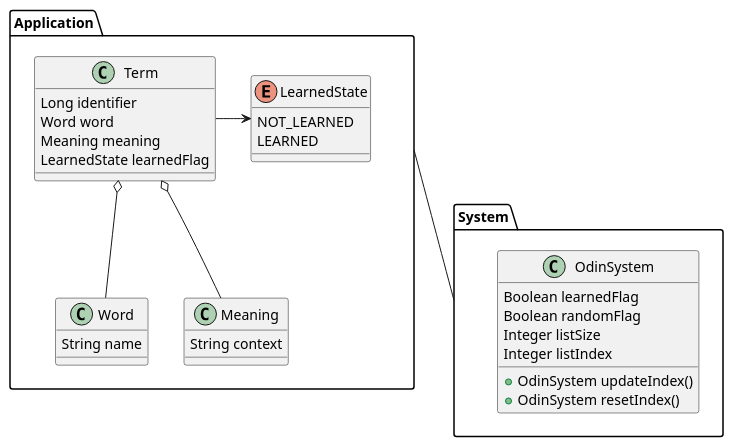
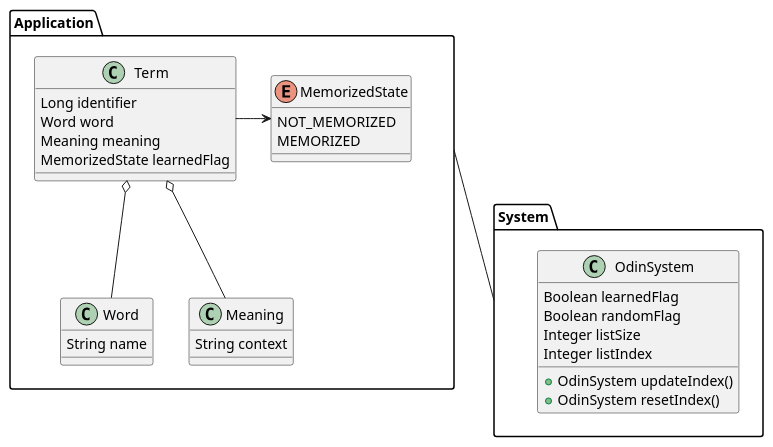
The diagram in design/diagrams/OdinModel.puml (zoeque/odin-for-web), drawn with PlantUML before and after one commit. The commit also changed 5 other files, not shown here.

```diff
--- a/design/diagrams/OdinModel.puml
+++ b/design/diagrams/OdinModel.puml
@@ -1,36 +1,36 @@
 @startuml
 package System {
   class OdinSystem {
     Boolean learnedFlag
     Boolean randomFlag
     Integer listSize
     Integer listIndex
     + OdinSystem updateIndex()
     + OdinSystem resetIndex()
   }
 }
 package Application {
   class Term {
     Long identifier
     Word word
     Meaning meaning
-    LearnedState learnedFlag
+    MemorizedState learnedFlag
   }
   class Word {
     String name
   }
   class Meaning {
     String context
   }
-  enum LearnedState {
-    NOT_LEARNED
-    LEARNED
+  enum MemorizedState {
+    NOT_MEMORIZED
+    MEMORIZED
   }
   Term o-- Word
   Term o-- Meaning
-  Term -> LearnedState
+  Term -> MemorizedState
 }
 
 Application -- System
 
 @enduml
```
